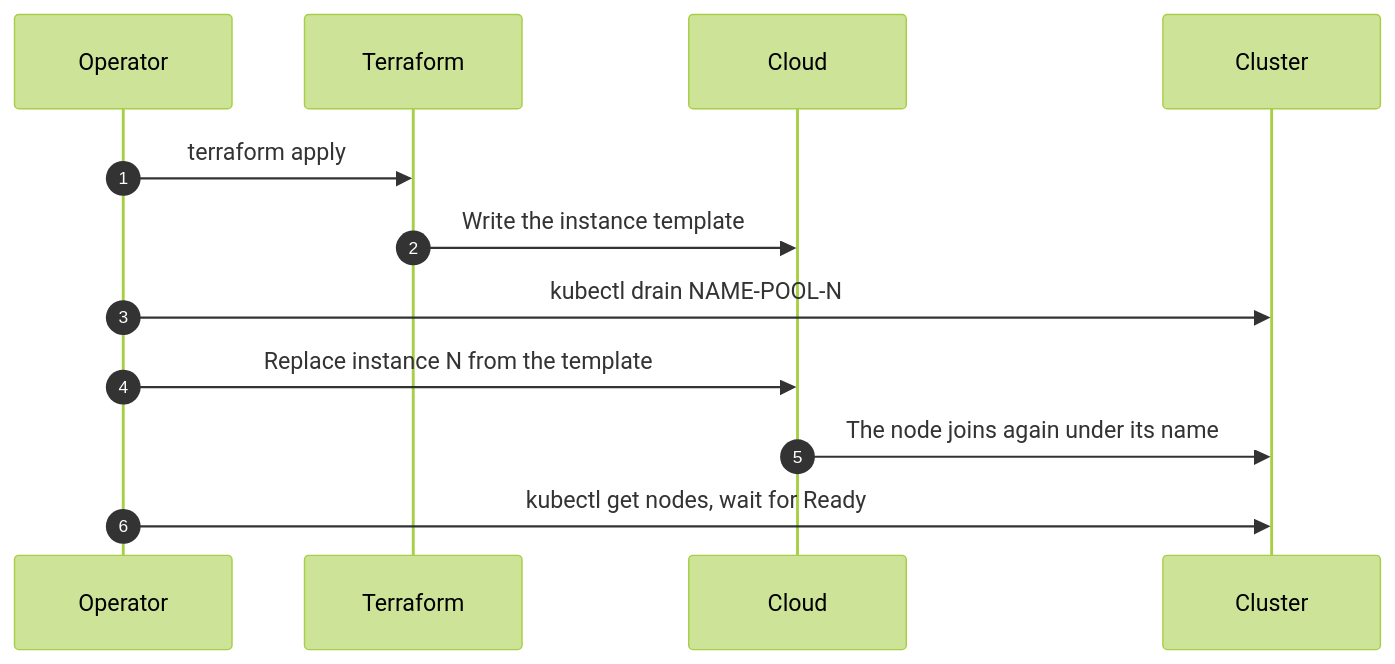
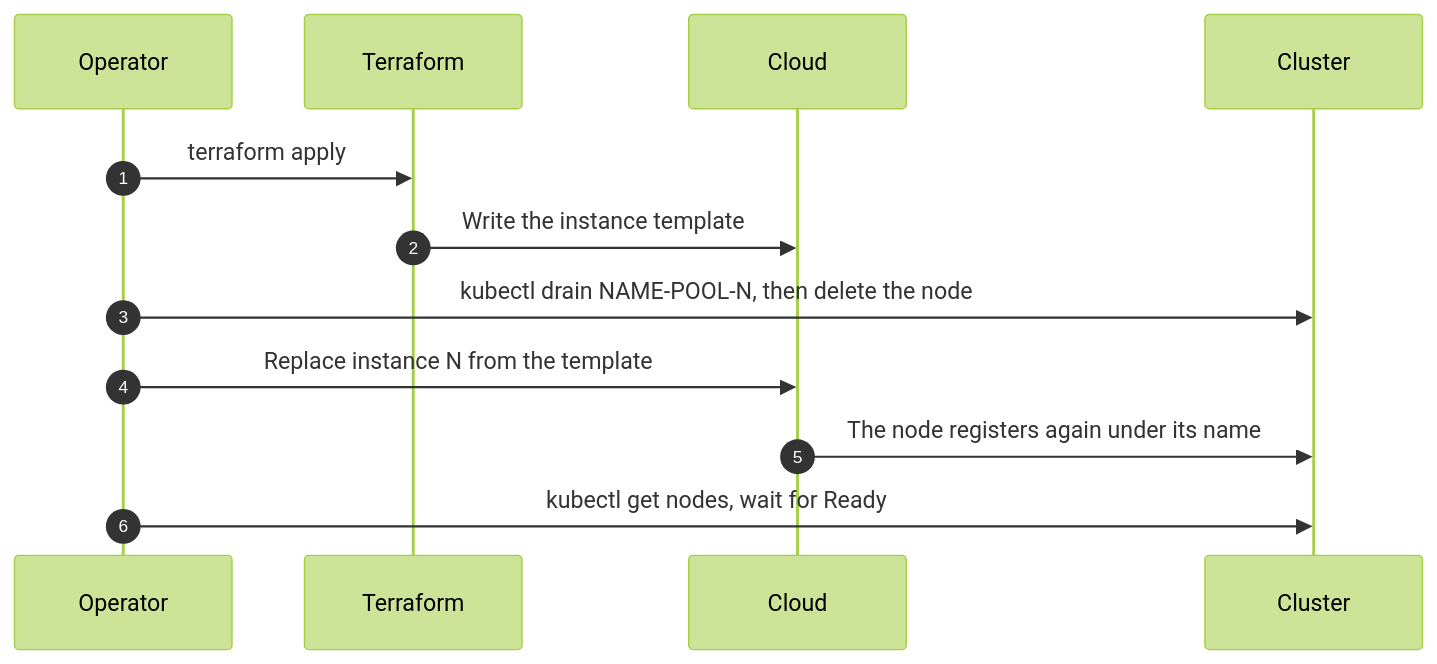
Before and after one commit to pelotech/terraform-rke2-foundation: the second of 3 diagrams in docs/OPERATIONS.md, drawn with Mermaid (forest theme). The commit also changed other lines of this file, not shown here.

Commit message:
docs: delete the node after the drain so a reimaged instance registers fresh

````diff
--- a/docs/OPERATIONS.md
+++ b/docs/OPERATIONS.md
@@ -47,14 +47,14 @@
 ```mermaid
 sequenceDiagram
     autonumber
     participant OP as Operator
     participant TF as Terraform
     participant CLOUD as Cloud
     participant K8S as Cluster
     OP->>TF: terraform apply
     TF->>CLOUD: Write the instance template
-    OP->>K8S: kubectl drain NAME-POOL-N
+    OP->>K8S: kubectl drain NAME-POOL-N, then delete the node
     OP->>CLOUD: Replace instance N from the template
-    CLOUD->>K8S: The node joins again under its name
+    CLOUD->>K8S: The node registers again under its name
     OP->>K8S: kubectl get nodes, wait for Ready
 ```
````
